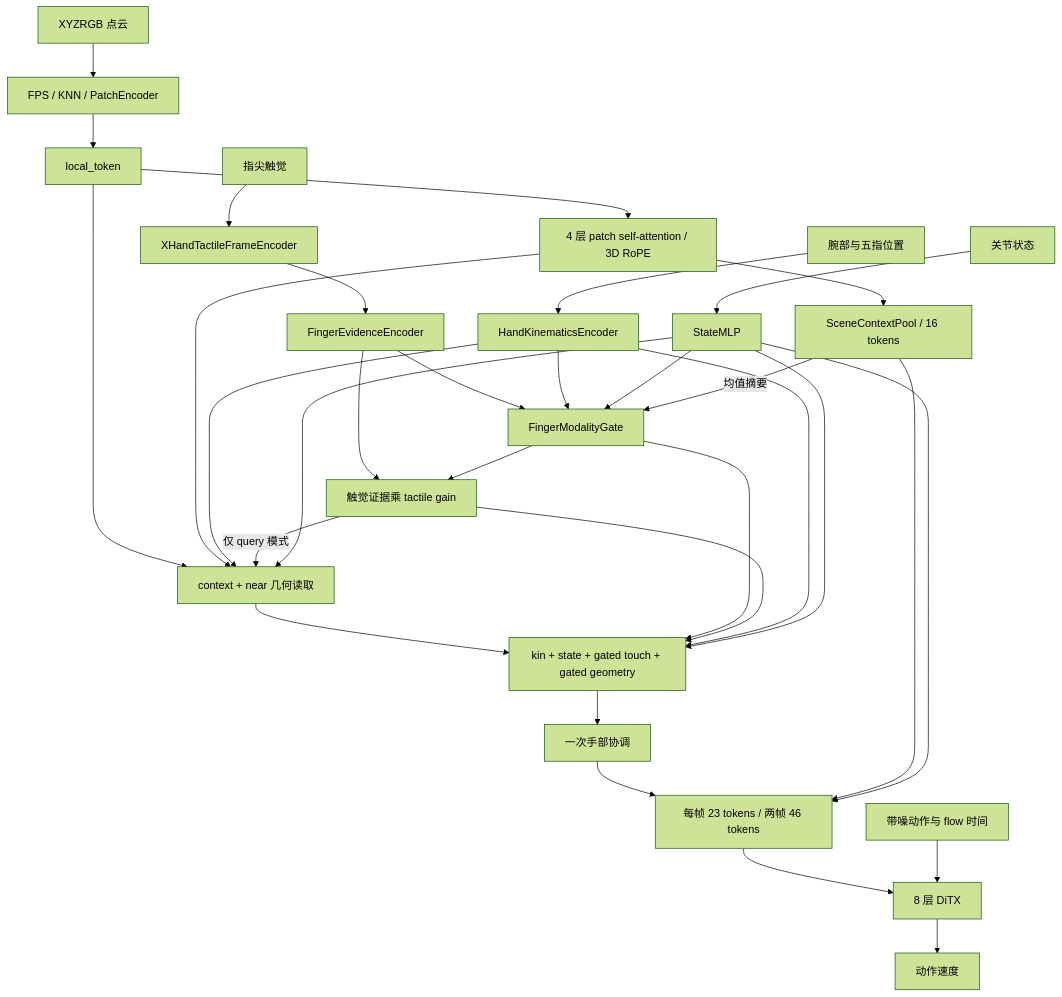
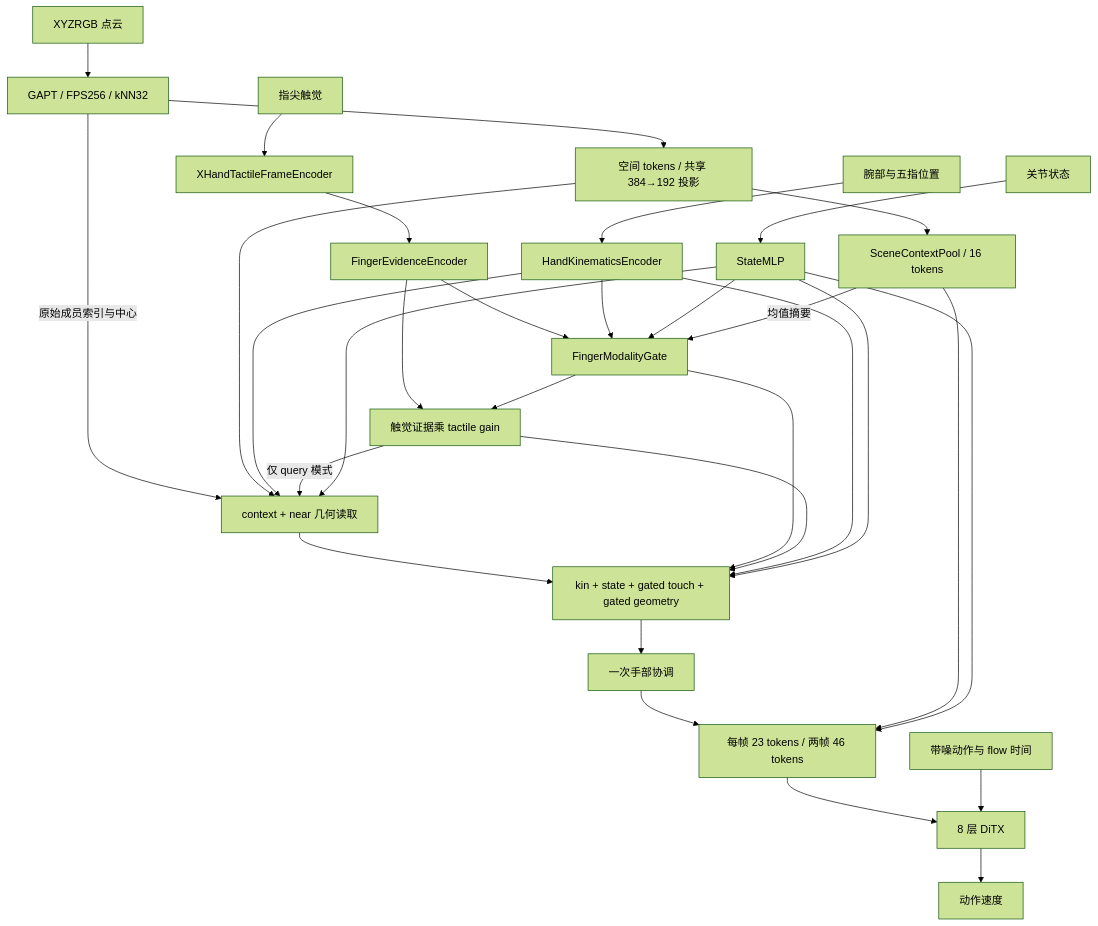
One commit to haoyangzhanglab/dexmani_policy changed the diagram in docs/interaction_representation.md. Above: the diagram before and after it, drawn with Mermaid (forest theme). The commit also changed other lines of this file and 3 other files, not shown here.

````diff
--- a/docs/interaction_representation.md
+++ b/docs/interaction_representation.md
@@ -81,34 +82,33 @@
 ```mermaid
 flowchart TD
-    PC[XYZRGB 点云] --> P[FPS / KNN / PatchEncoder]
-    P --> L[local_token]
-    L --> PT[4 层 patch self-attention / 3D RoPE]
+    PC[XYZRGB 点云] --> P[GAPT / FPS256 / kNN32]
+    P --> PT[空间 tokens / 共享 384→192 投影]
+    P -->|原始成员索引与中心| R[context + near 几何读取]
     K[腕部与五指位置] --> H[HandKinematicsEncoder]
     T[指尖触觉] --> TF[XHandTactileFrameEncoder]
     TF --> E[FingerEvidenceEncoder]
     Q[关节状态] --> S[StateMLP]
-    L --> R[context + near 几何读取]
     PT --> R
     H --> R
     E --> G[FingerModalityGate]
     H --> G
     S --> G
     SC -->|均值摘要| G
     E --> GE[触觉证据乘 tactile gain]
     G --> GE
     GE -->|仅 query 模式| R
     S --> R
     PT --> SC[SceneContextPool / 16 tokens]
     R --> F[kin + state + gated touch + gated geometry]
     G --> F
     GE --> F
     H --> F
     S --> F
     F --> C[一次手部协调]
     C --> O[每帧 23 tokens / 两帧 46 tokens]
     SC --> O
     S --> O
     O --> D[8 层 DiTX]
     A[带噪动作与 flow 时间] --> D
     D --> V[动作速度]
 ```
````
